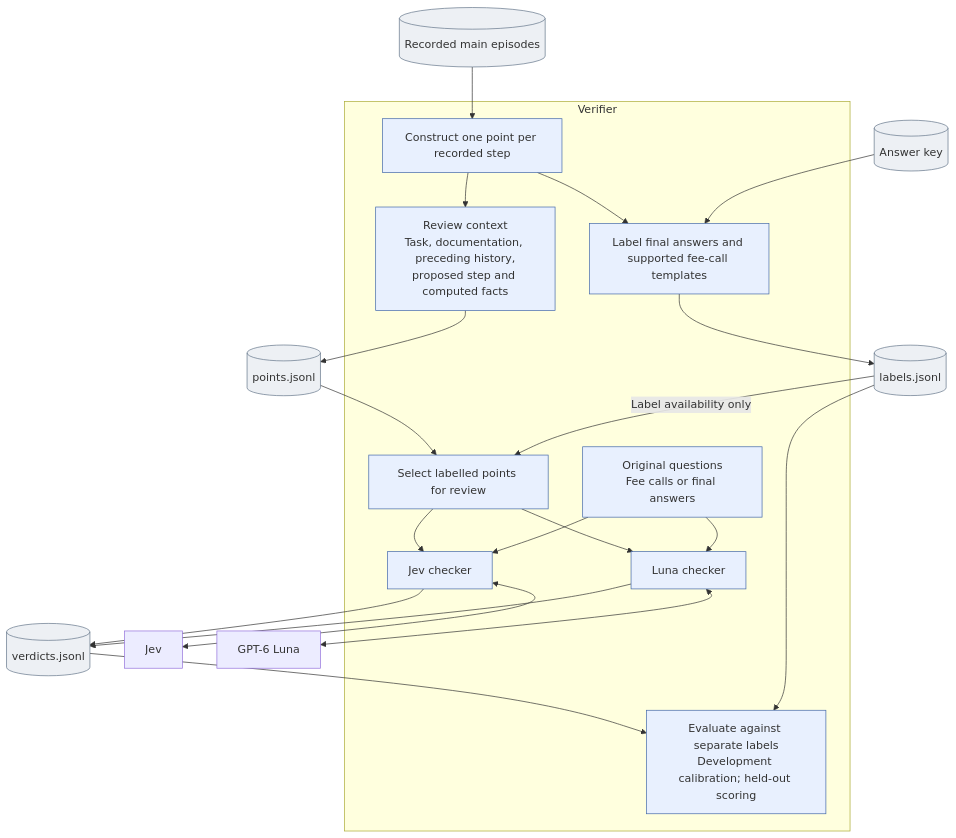
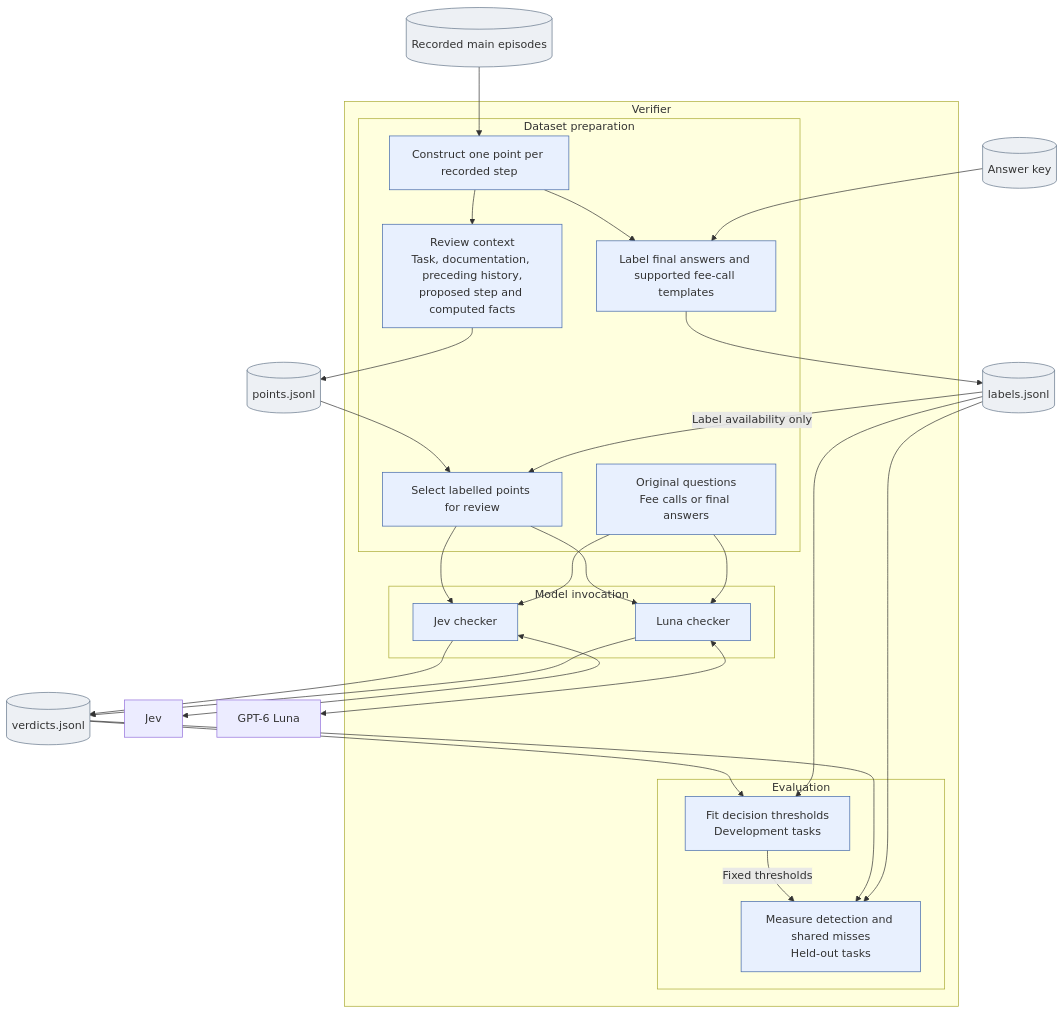
The third of 3 diagrams in README.md (MaximeBoulat/DecisionBot), drawn with Mermaid before and after one commit. The commit also changed 1 other file, not shown here.

Commit message:
Cleanup and update launch config to have verifier scheme

````diff
--- a/README.md
+++ b/README.md
@@ -192,44 +192,54 @@
 ```mermaid
 flowchart TB
     Episodes[("Recorded main episodes")]
     Key[("Answer key")]
     subgraph Verifier["Verifier"]
-        Build["Construct one point per recorded step"]
-        State["Review context<br/>Task, documentation, preceding history,<br/>proposed step and computed facts"]
-        Label["Label final answers and supported fee-call templates"]
-        Select["Select labelled points for review"]
-        Questions["Original questions<br/>Fee calls or final answers"]
-        DecisionAPI["Jev checker"]
-        GenAPI["Luna checker"]
-        Evaluate["Evaluate against separate labels<br/>Development calibration; held-out scoring"]
+        subgraph Preparation["Dataset preparation"]
+            Build["Construct one point per recorded step"]
+            State["Review context<br/>Task, documentation, preceding history,<br/>proposed step and computed facts"]
+            Label["Label final answers and supported fee-call templates"]
+            Select["Select labelled points for review"]
+            Questions["Original questions<br/>Fee calls or final answers"]
+        end
+        subgraph Invocation["Model invocation"]
+            DecisionAPI["Jev checker"]
+            GenAPI["Luna checker"]
+        end
+        subgraph Evaluation["Evaluation"]
+            Calibrate["Fit decision thresholds<br/>Development tasks"]
+            Evaluate["Measure detection and shared misses<br/>Held-out tasks"]
+        end
     end
     Jev["Jev"]
     Luna["GPT-6 Luna"]
     Points[("points.jsonl")]
     Labels[("labels.jsonl")]
     Verdicts[("verdicts.jsonl")]
 
     Episodes --> Build
     Build --> State
     State --> Points
     Build --> Label
     Key --> Label
     Label --> Labels
     Points --> Select
     Labels -->|"Label availability only"| Select
     Select --> DecisionAPI
     Select --> GenAPI
     Questions --> DecisionAPI
     Questions --> GenAPI
     DecisionAPI <--> Jev
     GenAPI <--> Luna
     DecisionAPI --> Verdicts
     GenAPI --> Verdicts
+    Verdicts --> Calibrate
+    Labels --> Calibrate
+    Calibrate -->|"Fixed thresholds"| Evaluate
     Verdicts --> Evaluate
     Labels --> Evaluate
 
     classDef core fill:#e8f0fe,stroke:#4267a9
     classDef artifact fill:#edf0f4,stroke:#63758a
-    class Build,State,Label,Select,Questions,DecisionAPI,GenAPI,Evaluate core
+    class Build,State,Label,Select,Questions,DecisionAPI,GenAPI,Calibrate,Evaluate core
     class Episodes,Key,Points,Labels,Verdicts artifact
 ```
````
